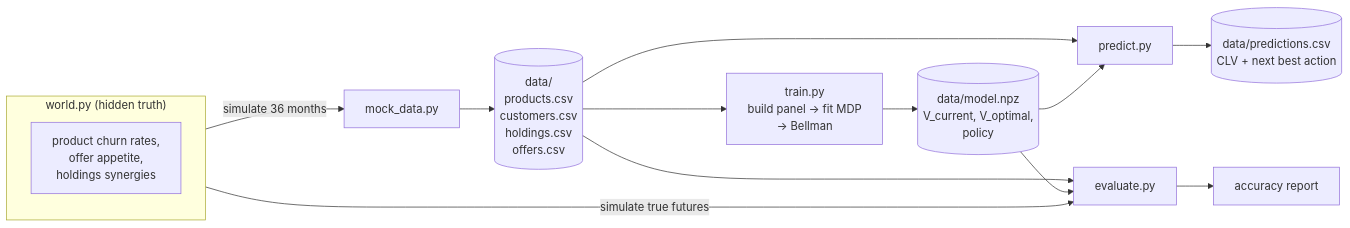
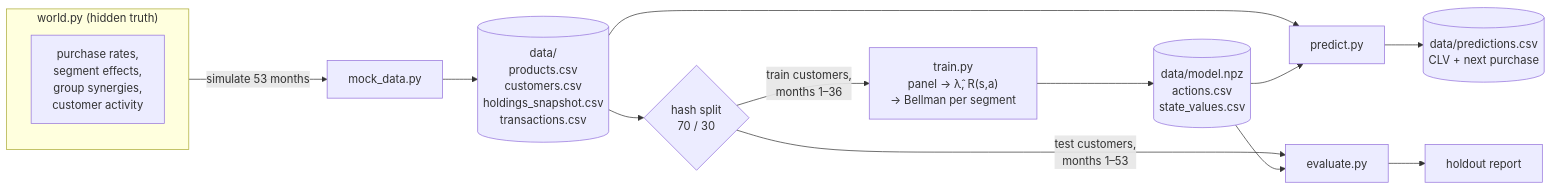
Before and after one commit to pakhapoom/customer-lifetime-value: the first of 6 diagrams in README.md, drawn with Mermaid. The commit also changed other lines of this file and 7 other files, not shown here.

````diff
--- a/README.md
+++ b/README.md
@@ -32,21 +32,21 @@
 ```mermaid
 flowchart LR
     subgraph W["world.py (hidden truth)"]
-        T["product churn rates,<br/>offer appetite,<br/>holdings synergies"]
+        T["purchase rates,<br/>segment effects,<br/>group synergies,<br/>customer activity"]
     end
 
-    W -->|simulate 36 months| M0["mock_data.py"]
-    M0 --> D[("data/<br/>products.csv<br/>customers.csv<br/>holdings.csv<br/>offers.csv")]
+    W -->|simulate 53 months| M0["mock_data.py"]
+    M0 --> D[("data/<br/>products.csv<br/>customers.csv<br/>holdings_snapshot.csv<br/>transactions.csv")]
 
-    D --> TR["train.py<br/>build panel → fit MDP<br/>→ Bellman"]
-    TR --> MOD[("data/model.npz<br/>V_current, V_optimal,<br/>policy")]
+    D --> SP{"hash split<br/>70 / 30"}
+    SP -->|"train customers,<br/>months 1–36"| TR["train.py<br/>panel → λ̂, R(s,a)<br/>→ Bellman per segment"]
+    TR --> MOD[("data/model.npz<br/>actions.csv<br/>state_values.csv")]
 
     D --> PR["predict.py"]
     MOD --> PR
-    PR --> OUT[("data/predictions.csv<br/>CLV + next best action")]
+    PR --> OUT[("data/predictions.csv<br/>CLV + next purchase")]
 
-    D --> EV["evaluate.py"]
+    SP -->|"test customers,<br/>months 1–53"| EV["evaluate.py"]
     MOD --> EV
-    W -->|simulate true futures| EV
-    EV --> REP["accuracy report"]
+    EV --> REP["holdout report"]
 ```
````
